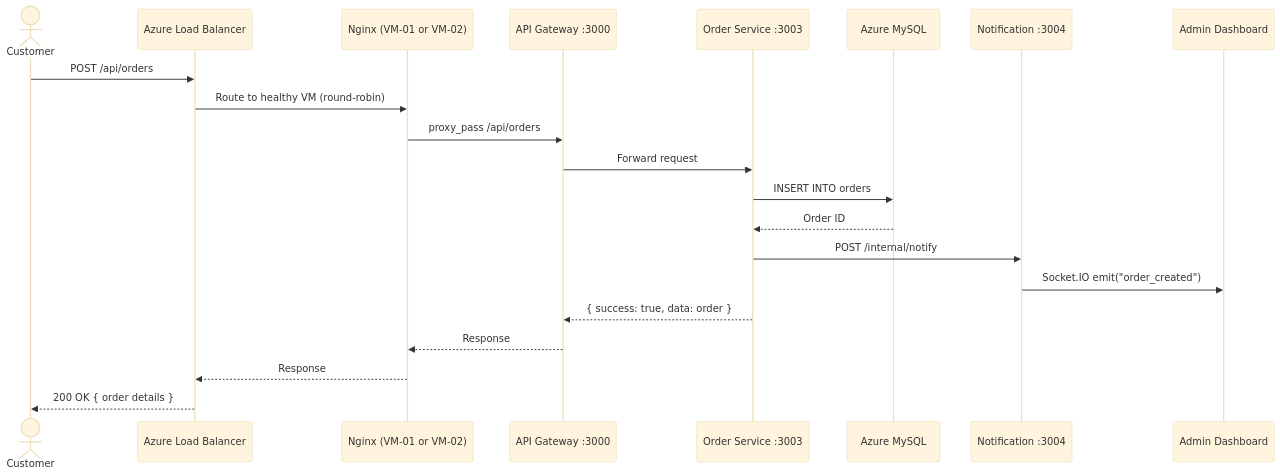
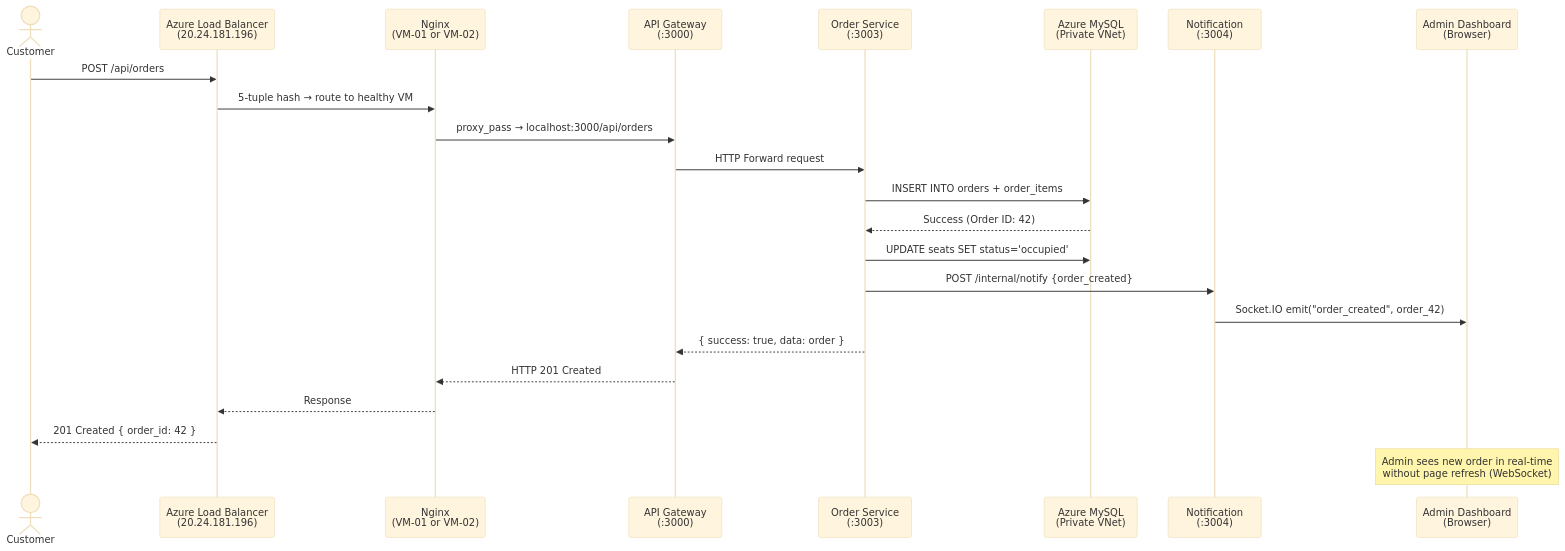
Before and after one commit to adamyudhistiramuhtar-byte/SistrackV2: the second of 5 diagrams in docs/cloud-infrastructure/Infrastructure.md, drawn with Mermaid (base theme). The commit also changed other lines of this file and 15 other files, not shown here.

Commit message:
docs: overhaul project documentation with comprehensive cloud architecture guides and professionalize README content

````diff
--- a/docs/cloud-infrastructure/Infrastructure.md
+++ b/docs/cloud-infrastructure/Infrastructure.md
@@ -263,24 +343,27 @@
 ```mermaid
 sequenceDiagram
     actor Customer
-    participant LB as Azure Load Balancer
-    participant Nginx as Nginx (VM-01 or VM-02)
-    participant GW as API Gateway :3000
-    participant Order as Order Service :3003
-    participant DB as Azure MySQL
-    participant Notif as Notification :3004
-    participant Admin as Admin Dashboard
+    participant LB as Azure Load Balancer<br/>(20.24.181.196)
+    participant Nginx as Nginx<br/>(VM-01 or VM-02)
+    participant GW as API Gateway<br/>(:3000)
+    participant Order as Order Service<br/>(:3003)
+    participant DB as Azure MySQL<br/>(Private VNet)
+    participant Notif as Notification<br/>(:3004)
+    participant Admin as Admin Dashboard<br/>(Browser)
     
     Customer->>LB: POST /api/orders
-    LB->>Nginx: Route to healthy VM (round-robin)
-    Nginx->>GW: proxy_pass /api/orders
-    GW->>Order: Forward request
-    Order->>DB: INSERT INTO orders
-    DB-->>Order: Order ID
-    Order->>Notif: POST /internal/notify
-    Notif->>Admin: Socket.IO emit("order_created")
+    LB->>Nginx: 5-tuple hash → route to healthy VM
+    Nginx->>GW: proxy_pass → localhost:3000/api/orders
+    GW->>Order: HTTP Forward request
+    Order->>DB: INSERT INTO orders + order_items
+    DB-->>Order: Success (Order ID: 42)
+    Order->>DB: UPDATE seats SET status='occupied'
+    Order->>Notif: POST /internal/notify {order_created}
+    Notif->>Admin: Socket.IO emit("order_created", order_42)
     Order-->>GW: { success: true, data: order }
-    GW-->>Nginx: Response
+    GW-->>Nginx: HTTP 201 Created
     Nginx-->>LB: Response
-    LB-->>Customer: 200 OK { order details }
+    LB-->>Customer: 201 Created { order_id: 42 }
+    
+    Note over Admin: Admin sees new order in real-time<br/>without page refresh (WebSocket)
 ```
````
